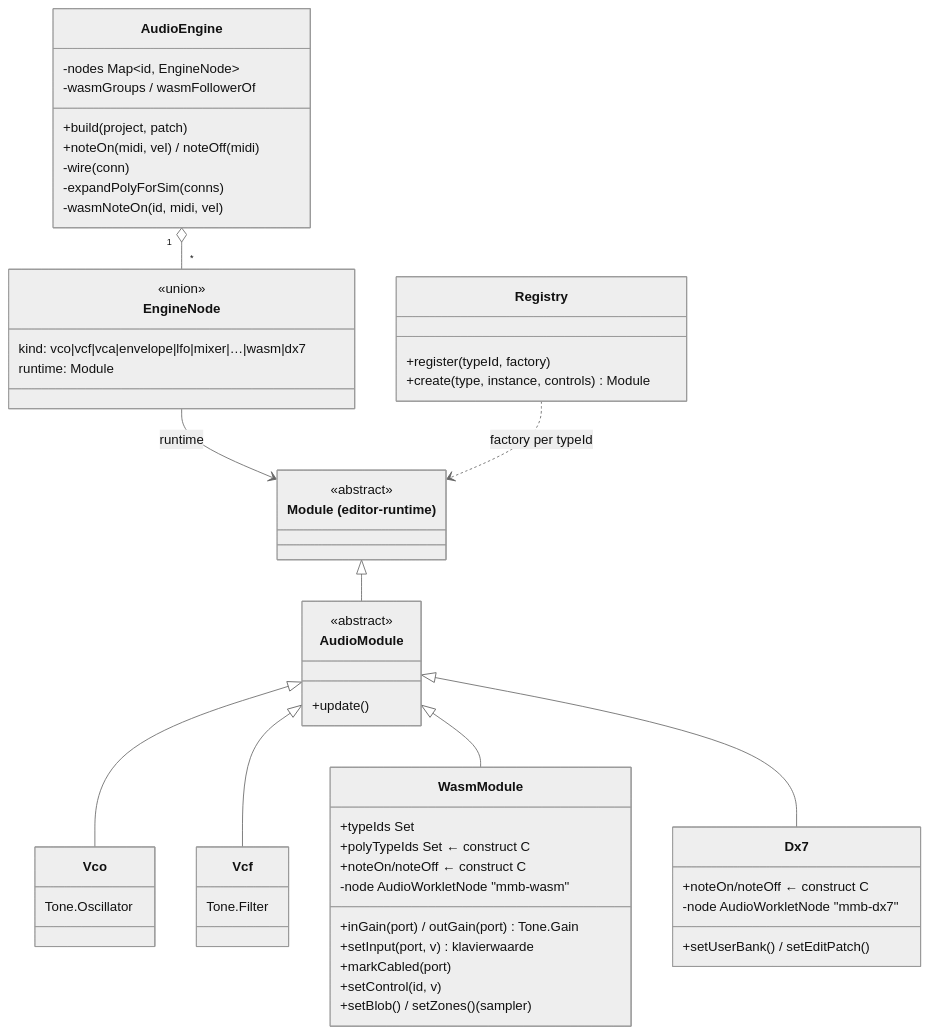
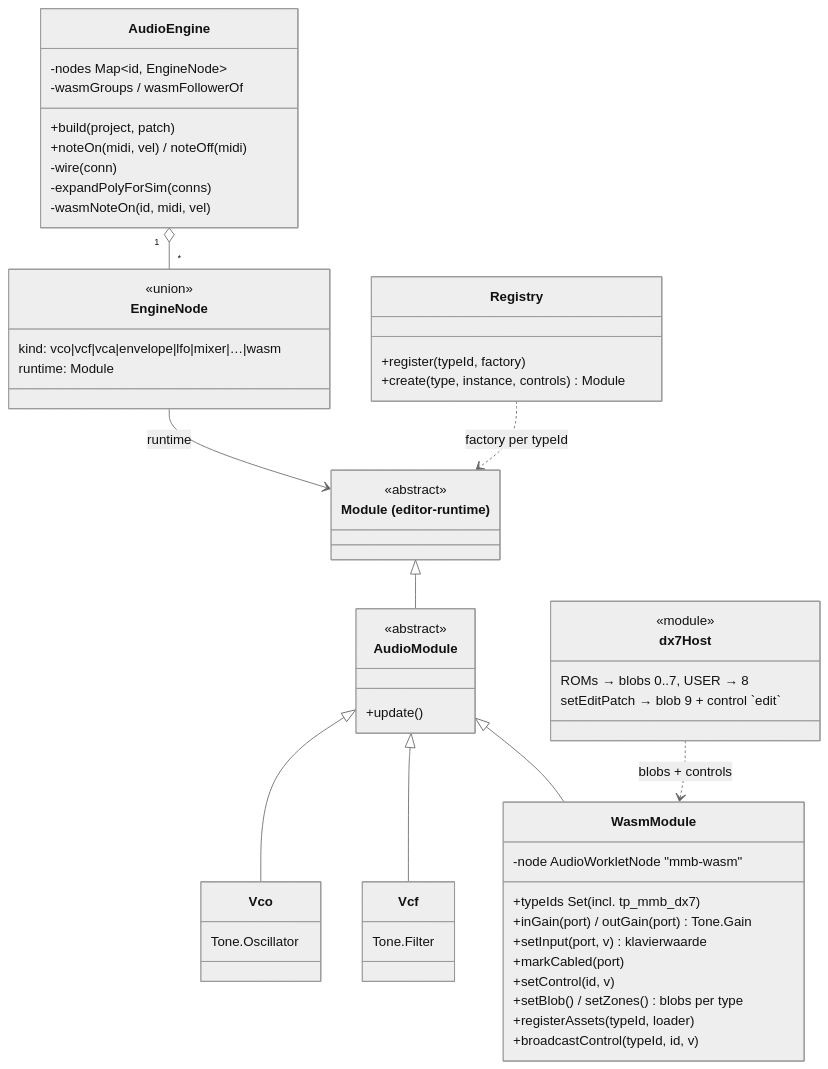
Before and after one commit to MarkWestbroek/MusicBrain: the third of 4 diagrams in doc/uml/11-simulation-wasm.md, drawn with Mermaid (neutral theme). The commit also changed other lines of this file and 28 other files, not shown here.

First line of the commit message:
Construct C weg: sampler wordt multi-module (B), DX7-simulatie wordt ×N (A)

````diff
--- a/doc/uml/11-simulation-wasm.md
+++ b/doc/uml/11-simulation-wasm.md
@@ -209,57 +204,57 @@
 ```mermaid
 classDiagram
     direction TB
 
     class AudioEngine {
         -nodes  Map~id, EngineNode~
         -wasmGroups / wasmFollowerOf
         +build(project, patch)
         +noteOn(midi, vel) / noteOff(midi)
         -wire(conn)
         -expandPolyForSim(conns)
         -wasmNoteOn(id, midi, vel)
     }
     class EngineNode {
         <<union>>
-        kind: vco|vcf|vca|envelope|lfo|mixer|…|wasm|dx7
+        kind: vco|vcf|vca|envelope|lfo|mixer|…|wasm
         runtime: Module
     }
     class Registry {
         +register(typeId, factory)
         +create(type, instance, controls) Module
     }
     class TsModule["Module (editor-runtime)"] {
         <<abstract>>
     }
     class TsAudioModule["AudioModule"] {
         <<abstract>>
         +update()
     }
     class Vco { Tone.Oscillator }
     class Vcf { Tone.Filter }
     class WasmModule {
-        +typeIds  Set
-        +polyTypeIds  Set  ← construct C
+        +typeIds  Set  (incl. tp_mmb_dx7)
         +inGain(port) / outGain(port)  Tone.Gain
         +setInput(port, v)  klavierwaarde
         +markCabled(port)
         +setControl(id, v)
-        +setBlob() / setZones()  (sampler)
-        +noteOn/noteOff  ← construct C
+        +setBlob() / setZones()  blobs per type
+        +registerAssets(typeId, loader)
+        +broadcastControl(typeId, id, v)
         -node  AudioWorkletNode "mmb-wasm"
     }
-    class Dx7 {
-        +setUserBank() / setEditPatch()
-        +noteOn/noteOff  ← construct C
-        -node  AudioWorkletNode "mmb-dx7"
+    class dx7Host {
+        <<module>>
+        ROMs → blobs 0..7, USER → 8
+        setEditPatch → blob 9 + control `edit`
     }
 
     AudioEngine "1" o-- "*" EngineNode
     EngineNode --> TsModule : runtime
     Registry ..> TsModule : factory per typeId
     TsModule <|-- TsAudioModule
     TsAudioModule <|-- Vco
     TsAudioModule <|-- Vcf
     TsAudioModule <|-- WasmModule
-    TsAudioModule <|-- Dx7
+    dx7Host ..> WasmModule : blobs + controls
 ```
````
